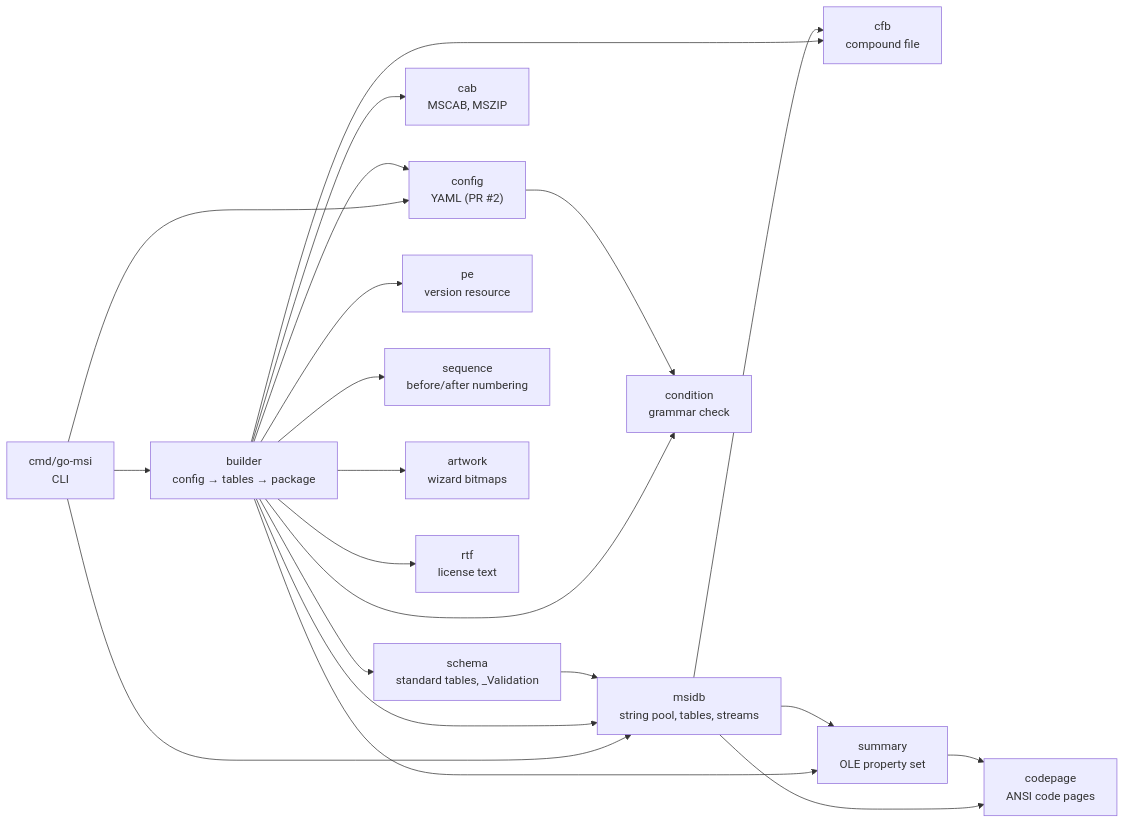
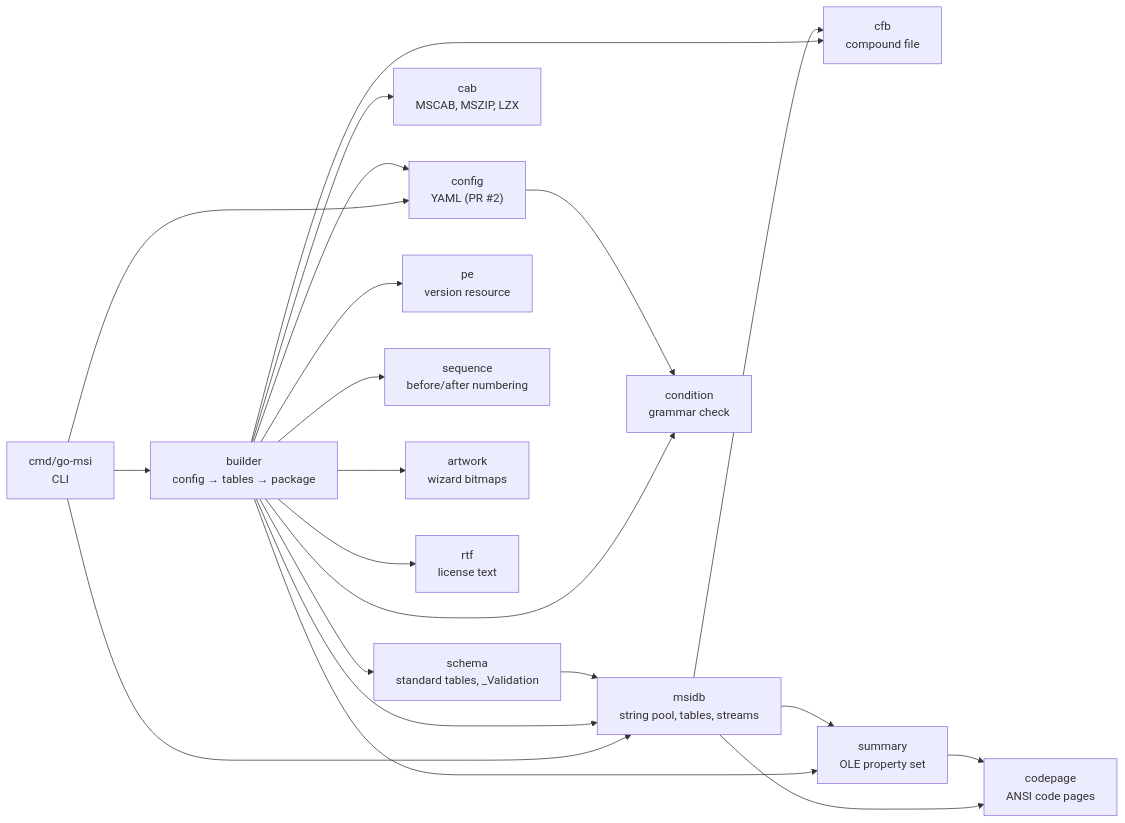
One commit to jkroepke/go-msi changed the diagram in docs/design/architecture.md. Above: the diagram before and after it, drawn with Mermaid. The commit also changed other lines of this file and 31 other files, not shown here.

````diff
--- a/docs/design/architecture.md
+++ b/docs/design/architecture.md
@@ -26,31 +26,31 @@
 ```mermaid
 flowchart LR
     cmd["cmd/go-msi<br/>CLI"] --> builder
     cmd --> config
     cmd --> msidb
     builder["builder<br/>config → tables → package"] --> config
     builder --> msidb
     builder --> cab
     builder --> cfb
     builder --> schema
     builder --> pe
     builder --> condition
     builder --> sequence
     builder --> summary
     builder --> artwork
     builder --> rtf
     msidb["msidb<br/>string pool, tables, streams"] --> cfb
     msidb --> summary
     msidb --> codepage
     summary["summary<br/>OLE property set"] --> codepage
     codepage["codepage<br/>ANSI code pages"]
     artwork["artwork<br/>wizard bitmaps"]
     rtf["rtf<br/>license text"]
     cfb["cfb<br/>compound file"]
-    cab["cab<br/>MSCAB, MSZIP"]
+    cab["cab<br/>MSCAB, MSZIP, LZX"]
     schema["schema<br/>standard tables, _Validation"] --> msidb
     pe["pe<br/>version resource"]
     condition["condition<br/>grammar check"]
     sequence["sequence<br/>before/after numbering"]
     config["config<br/>YAML (PR #2)"] --> condition
 ```
````
